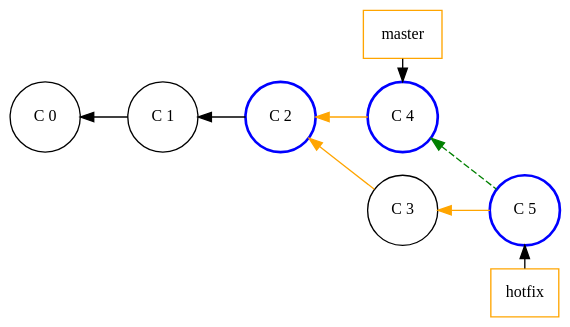
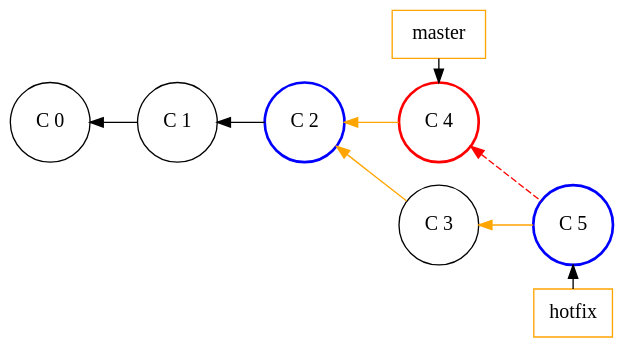
One commit to Gepardec/git-training changed the diagram in slides/intro/src/docs/asciidoc/graphviz/git-merge-1.dot. Above: the diagram before and after it, drawn with Graphviz. The commit also changed 15 other files, not shown here.

Commit message:
- Modified README.adoc to explain how to install graphviz - Modified graphs of theoretical part - Finished theoretical part

```diff
--- a/slides/intro/src/docs/asciidoc/graphviz/git-merge-1.dot
+++ b/slides/intro/src/docs/asciidoc/graphviz/git-merge-1.dot
@@ -1,40 +1,42 @@
 digraph git_merge_fast_fwd {
     splines=line
     rankdir=LR
     bgcolor=transparent
 
-    node[width=0.3, shape=rect,fontsize=12.0, style="", color=orange]
+    node[width=0.3, shape=rect,fontsize=15.0, style="", color=orange]
     edge[dir=back, style=""]
     master [label="master"]
     hotfix [label="hotfix"]
 
-    node[ shape=circle,fontsize=12.0, style="", color=""]
+    node[ shape=circle,fontsize=15.0, style="", color=""]
     edge[dir=back, style=""]
 
     c_0 [label="C 0", group=master]
     c_1 [label="C 1", group=master]
     c_3 [label="C 3", group=branch]
 
     /* Marked nodes */
     node[shape=circle, color=blue, style=bold]
     c_2 [label="C 2", group=master]
+    c_5 [label="C 5", group=branch]
+
+    node[shape=circle, color=red, style=bold]
     c_4 [label="C 4", group=master]
-    c_5 [label="C 5", group=branch]
 
     edge[style=""]
     c_0 -> c_1 -> c_2
     edge[color=orange]
     c_2 -> c_4
     c_2 -> c_3
     c_3 -> c_5
 
     edge[color=""]
     master -> c_4 [dir=""]
     c_5 -> hotfix
 
-    c_4 -> c_5 [color=green, style=dashed]
+    c_4 -> c_5 [color=red, style=dashed]
 
     {rank=same; master c_4 c_3}
     {rank=same; c_5 hotfix}
 
 }
```
